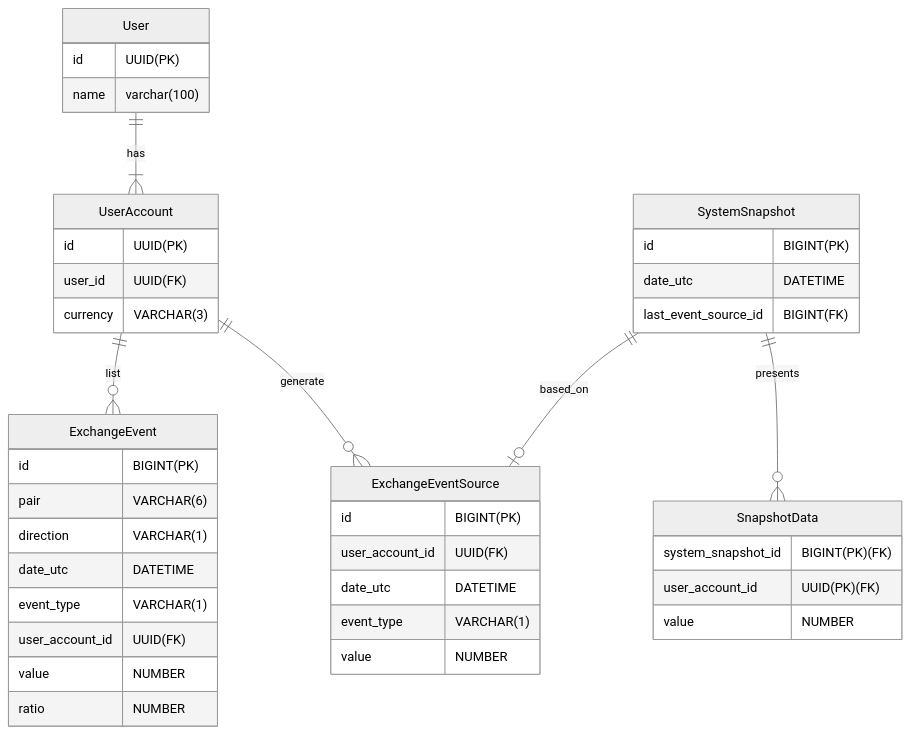
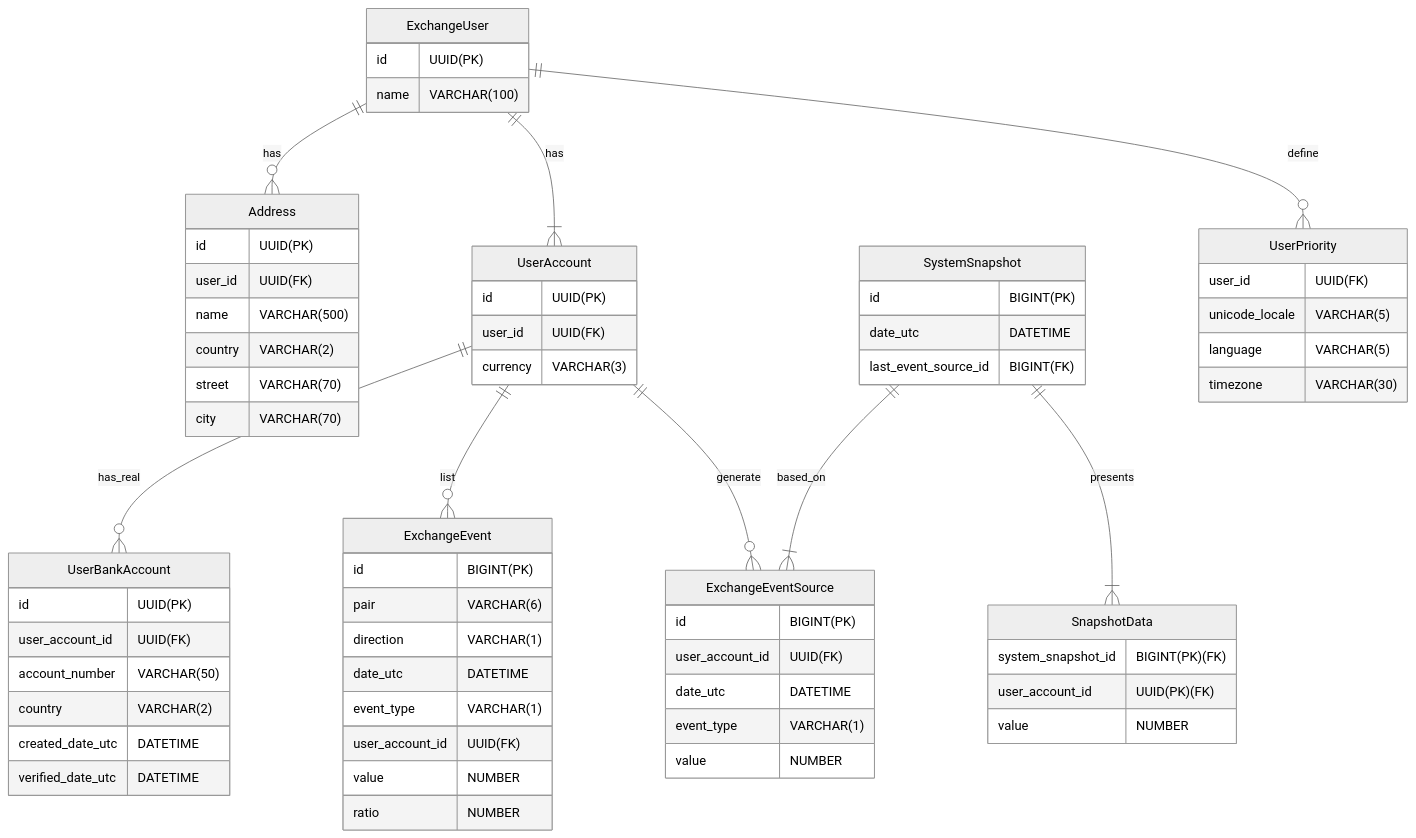
Before and after one commit to tomasz-franek/exchange-platform: the diagram in docs/database.md, drawn with Mermaid (neutral theme).

Commit message:
updated database diagram (#119)

````diff
--- a/docs/database.md
+++ b/docs/database.md
@@ -16,51 +16,77 @@
 ```mermaid
 erDiagram
-    User {
+    Address {
         id UUID(PK)
-        name varchar(100)
+        user_id UUID(FK)
+        name VARCHAR(500)
+        country VARCHAR(2)
+        street VARCHAR(70)
+        city VARCHAR(70)
+    }
+    ExchangeUser {
+        id UUID(PK)
+        name VARCHAR(100)
     }
 
     UserAccount {
         id UUID(PK)
         user_id UUID(FK)
         currency VARCHAR(3)
     }
 
     ExchangeEvent {
         id BIGINT(PK)
         pair VARCHAR(6)
         direction VARCHAR(1)
         date_utc DATETIME
         event_type VARCHAR(1)
         user_account_id UUID(FK)
         value NUMBER
         ratio NUMBER
     }
 
     ExchangeEventSource {
         id BIGINT(PK)
         user_account_id UUID(FK)
         date_utc DATETIME
         event_type VARCHAR(1)
         value NUMBER
     }
 
     SystemSnapshot {
         id BIGINT(PK)
         date_utc DATETIME
         last_event_source_id BIGINT(FK)
     }
 
     SnapshotData {
         system_snapshot_id BIGINT(PK)(FK)
         user_account_id UUID(PK)(FK)
         value NUMBER
     }
 
-    User ||--|{ UserAccount: has
+    UserBankAccount {
+        id UUID(PK)
+        user_account_id UUID(FK)
+        account_number VARCHAR(50)
+        country VARCHAR(2)
+        created_date_utc DATETIME
+        verified_date_utc DATETIME
+    }
+    UserPriority {
+        user_id UUID(FK)
+        unicode_locale VARCHAR(5)
+        language VARCHAR(5)
+        timezone VARCHAR(30)
+    }
+
+    ExchangeUser ||--o{ Address: has
+    ExchangeUser ||--|{ UserAccount: has
+    ExchangeUser ||--o{ UserPriority: define
+    UserAccount ||--o{ UserBankAccount: has_real
     UserAccount ||--o{ ExchangeEvent: list
     UserAccount ||--o{ ExchangeEventSource: generate
-    SystemSnapshot ||--o| ExchangeEventSource: based_on
-    SystemSnapshot ||--o{ SnapshotData: presents
+    SystemSnapshot ||--|{ ExchangeEventSource: based_on
+    SystemSnapshot ||--|{ SnapshotData: presents
 
 ```
````
